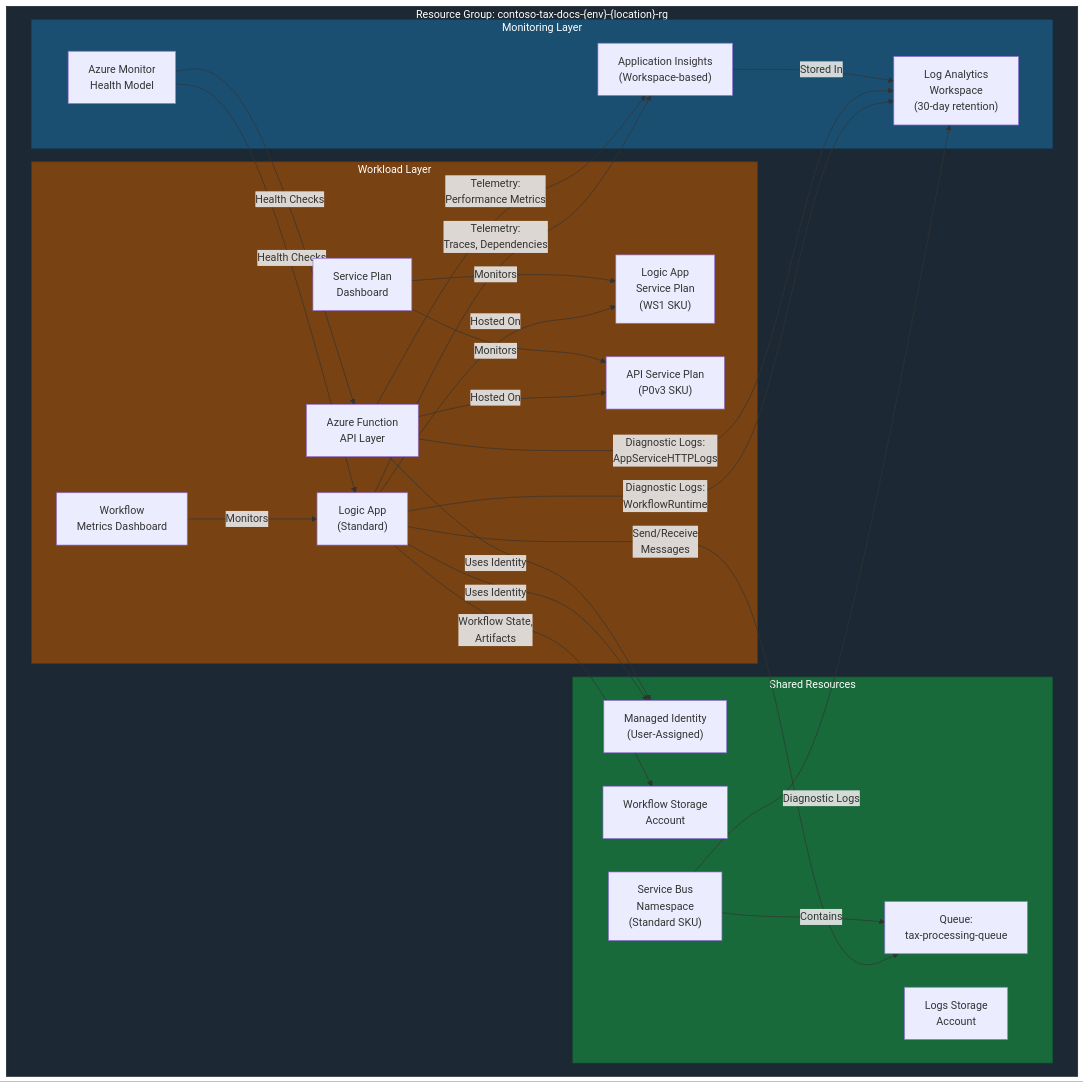
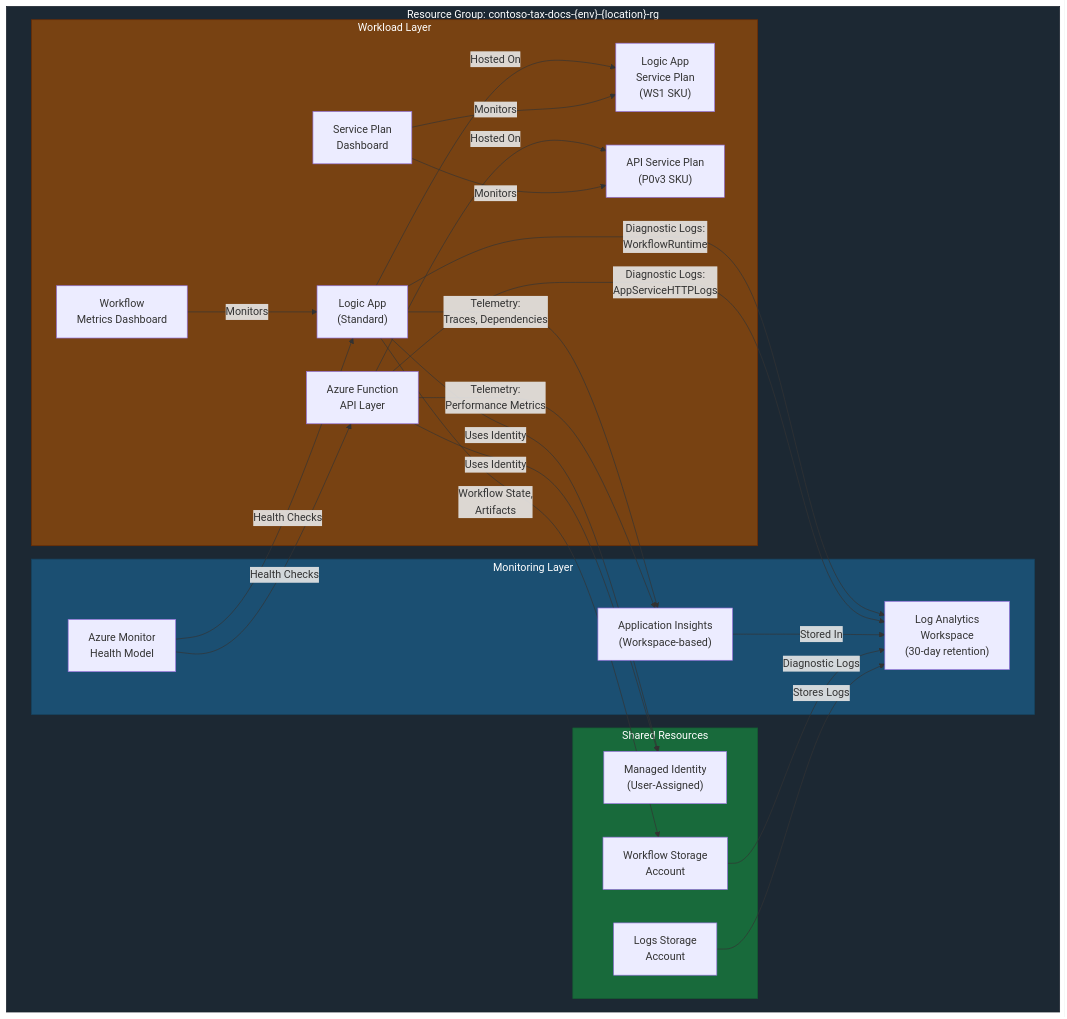
One commit to Evilazaro/Azure-LogicApps-Monitoring changed the first of 2 diagrams in README.md. Above: the diagram before and after it, drawn with Mermaid. The commit also changed other lines of this file, not shown here.

Commit message:
refactor: Update README to clarify messaging module and remove Service Bus references

````diff
--- a/README.md
+++ b/README.md
@@ -65,51 +63,48 @@
 ```mermaid
 flowchart TB
     subgraph rg["Resource Group: contoso-tax-docs-{env}-{location}-rg"]
         subgraph monitoring["Monitoring Layer"]
             law["Log Analytics<br/>Workspace<br/>(30-day retention)"]
             ai["Application Insights<br/>(Workspace-based)"]
             ahm["Azure Monitor<br/>Health Model"]
         end
         
         subgraph shared["Shared Resources"]
             mi["Managed Identity<br/>(User-Assigned)"]
             wsa["Workflow Storage<br/>Account"]
             lsa["Logs Storage<br/>Account"]
-            sb["Service Bus<br/>Namespace<br/>(Standard SKU)"]
-            sbq["Queue:<br/>tax-processing-queue"]
         end
         
         subgraph workload["Workload Layer"]
             lasp["Logic App<br/>Service Plan<br/>(WS1 SKU)"]
             la["Logic App<br/>(Standard)"]
             afsp["API Service Plan<br/>(P0v3 SKU)"]
             af["Azure Function<br/>API Layer"]
             dash1["Service Plan<br/>Dashboard"]
             dash2["Workflow<br/>Metrics Dashboard"]
         end
     end
     
     la -->|Diagnostic Logs:<br/>WorkflowRuntime| law
     la -->|Telemetry:<br/>Traces, Dependencies| ai
     af -->|Diagnostic Logs:<br/>AppServiceHTTPLogs| law
     af -->|Telemetry:<br/>Performance Metrics| ai
     la -->|Uses Identity| mi
     af -->|Uses Identity| mi
     la -->|Workflow State,<br/>Artifacts| wsa
-    la -->|Send/Receive<br/>Messages| sbq
-    sb -->|Contains| sbq
-    sb -->|Diagnostic Logs| law
     ai -->|Stored In| law
     ahm -->|Health Checks| la
     ahm -->|Health Checks| af
     la -->|Hosted On| lasp
     af -->|Hosted On| afsp
     dash1 -->|Monitors| lasp
     dash1 -->|Monitors| afsp
     dash2 -->|Monitors| la
+    wsa -->|Diagnostic Logs| law
+    lsa -->|Stores Logs| law
     
     style monitoring fill:#1B4F72,stroke:#154360,color:#FFFFFF
     style shared fill:#186A3B,stroke:#145A32,color:#FFFFFF
     style workload fill:#784212,stroke:#6E2C00,color:#FFFFFF
     style rg fill:#1C2833,stroke:#17202A,color:#FFFFFF
 ```
````
